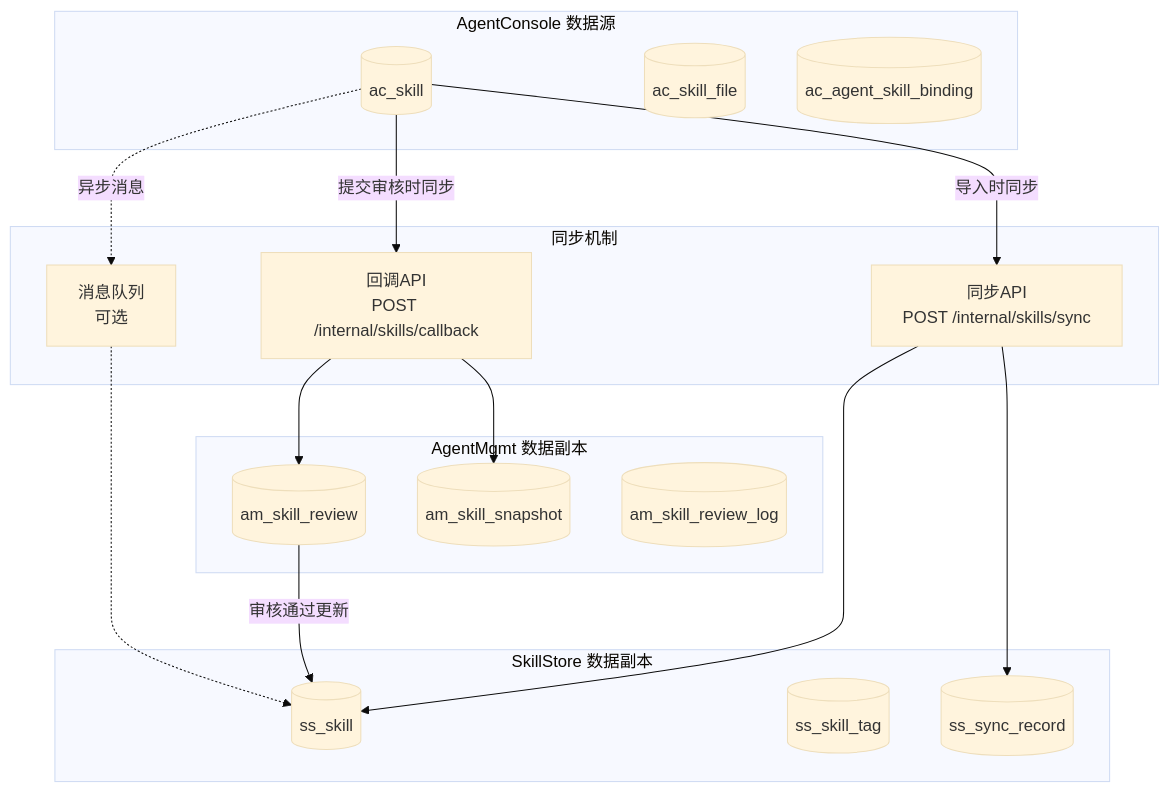
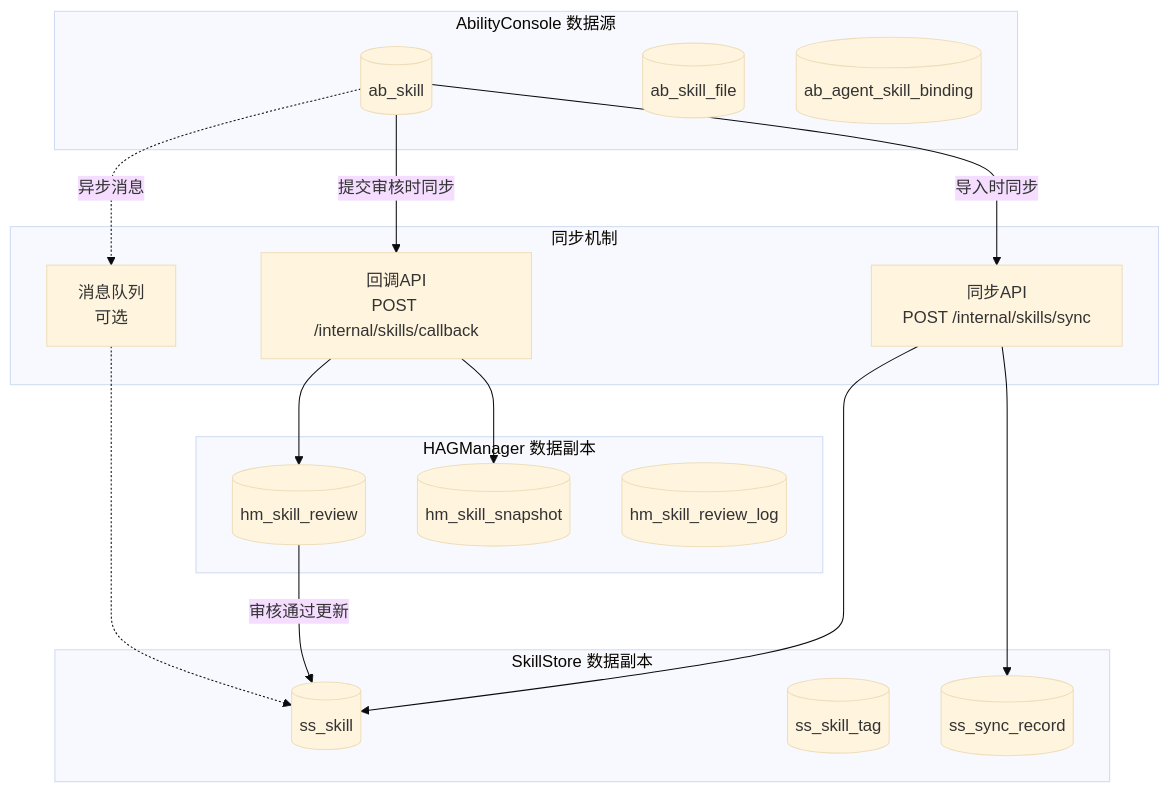
One commit to jinyule/xiaoyi-skill-mgmt changed diagram 21 of 33 in architecture-design.md. Above: the diagram before and after it, drawn with Mermaid (base theme). The commit also changed other lines of this file, not shown here.

````diff
--- a/architecture-design.md
+++ b/architecture-design.md
@@ -1105,39 +1105,39 @@
 ```mermaid
 flowchart TB
-    subgraph "AgentConsole 数据源"
-        AC_SKILL[(ac_skill)]
-        AC_FILE[(ac_skill_file)]
-        AC_BIND[(ac_agent_skill_binding)]
+    subgraph "AbilityConsole 数据源"
+        AB_SKILL[(ab_skill)]
+        AB_FILE[(ab_skill_file)]
+        AB_BIND[(ab_agent_skill_binding)]
     end
 
     subgraph "同步机制"
         SYNC1[同步API<br/>POST /internal/skills/sync]
         SYNC2[回调API<br/>POST /internal/skills/callback]
         MQ[消息队列<br/>可选]
     end
 
     subgraph "SkillStore 数据副本"
         SS_SKILL[(ss_skill)]
         SS_TAG[(ss_skill_tag)]
         SS_SYNC[(ss_sync_record)]
     end
 
-    subgraph "AgentMgmt 数据副本"
-        AM_REVIEW[(am_skill_review)]
-        AM_SNAP[(am_skill_snapshot)]
-        AM_LOG[(am_skill_review_log)]
+    subgraph "HAGManager 数据副本"
+        HM_REVIEW[(hm_skill_review)]
+        HM_SNAP[(hm_skill_snapshot)]
+        HM_LOG[(hm_skill_review_log)]
     end
 
-    AC_SKILL -->|导入时同步| SYNC1
+    AB_SKILL -->|导入时同步| SYNC1
     SYNC1 --> SS_SKILL
     SYNC1 --> SS_SYNC
 
-    AC_SKILL -->|提交审核时同步| SYNC2
-    SYNC2 --> AM_REVIEW
-    SYNC2 --> AM_SNAP
+    AB_SKILL -->|提交审核时同步| SYNC2
+    SYNC2 --> HM_REVIEW
+    SYNC2 --> HM_SNAP
 
-    AM_REVIEW -->|审核通过更新| SS_SKILL
+    HM_REVIEW -->|审核通过更新| SS_SKILL
 
-    AC_SKILL -.->|异步消息| MQ
+    AB_SKILL -.->|异步消息| MQ
     MQ -.-> SS_SKILL
 ```
````
